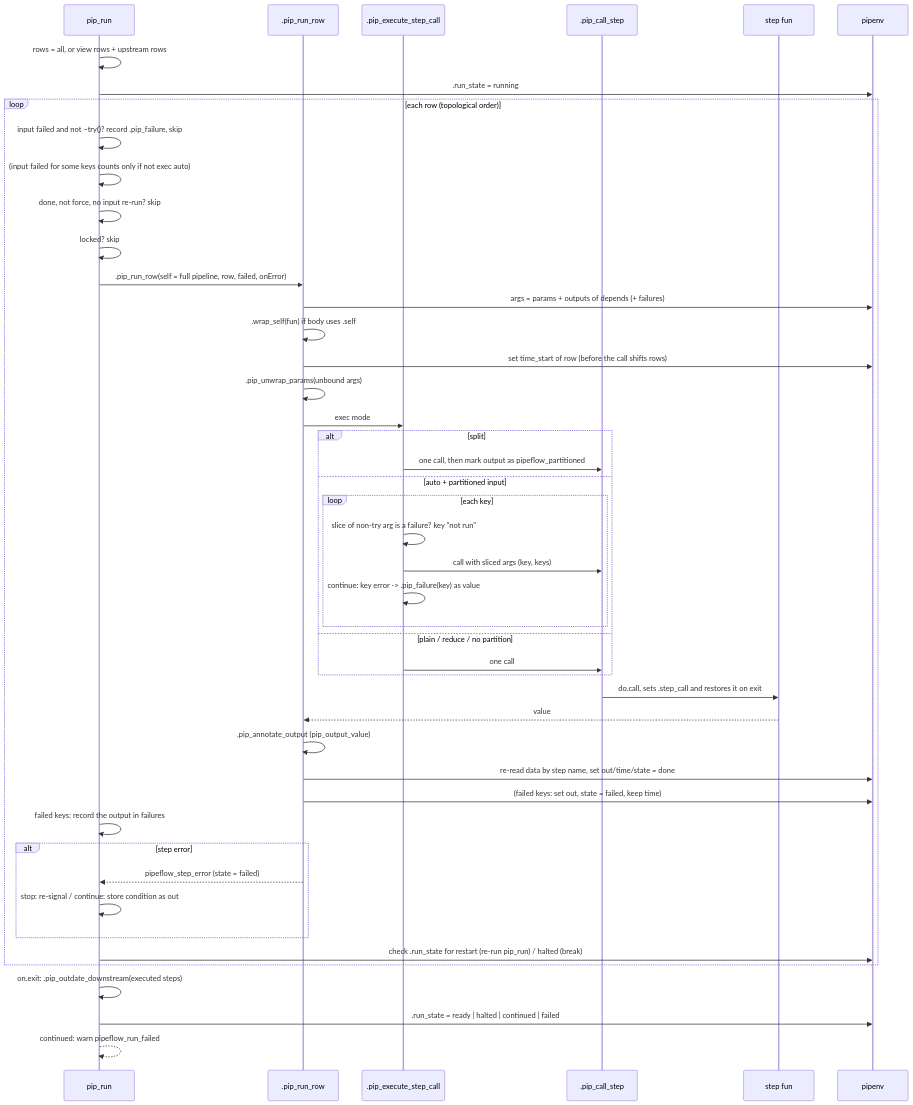
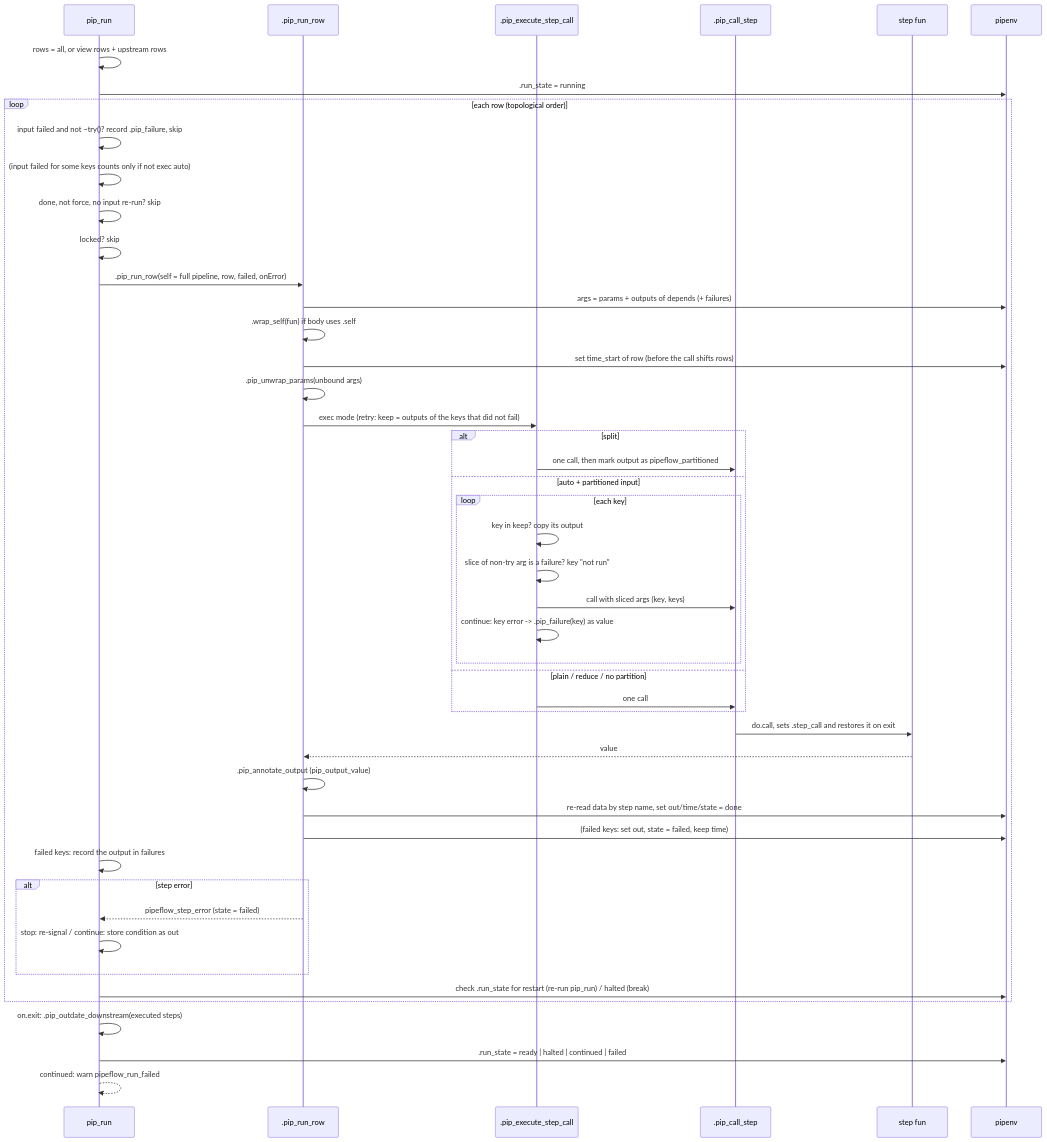
Before and after one commit to rpahl/pipeflow: the sixth of 8 diagrams in dev/pipeflow.md, drawn with Mermaid. The commit also changed other lines of this file and 6 other files, not shown here.

````diff
--- a/dev/pipeflow.md
+++ b/dev/pipeflow.md
@@ -328,49 +328,50 @@
 ```mermaid
 sequenceDiagram
     participant R as pip_run
     participant RR as .pip_run_row
     participant X as .pip_execute_step_call
     participant C as .pip_call_step
     participant F as step fun
     participant E as pipenv
 
     R->>R: rows = all, or view rows + upstream rows
     R->>E: .run_state = running
     loop each row (topological order)
         R->>R: input failed and not ~try()? record .pip_failure, skip
         R->>R: (input failed for some keys counts only if not exec auto)
         R->>R: done, not force, no input re-run? skip
         R->>R: locked? skip
         R->>RR: .pip_run_row(self = full pipeline, row, failed, onError)
         RR->>E: args = params + outputs of depends (+ failures)
         RR->>RR: .wrap_self(fun) if body uses .self
         RR->>E: set time_start of row (before the call shifts rows)
         RR->>RR: .pip_unwrap_params(unbound args)
-        RR->>X: exec mode
+        RR->>X: exec mode (retry: keep = outputs of the keys that did not fail)
         alt split
             X->>C: one call, then mark output as pipeflow_partitioned
         else auto + partitioned input
             loop each key
+                X->>X: key in keep? copy its output
                 X->>X: slice of non-try arg is a failure? key "not run"
                 X->>C: call with sliced args (key, keys)
                 X->>X: continue: key error -> .pip_failure(key) as value
             end
         else plain / reduce / no partition
             X->>C: one call
         end
         C->>F: do.call, sets .step_call and restores it on exit
         F-->>RR: value
         RR->>RR: .pip_annotate_output (pip_output_value)
         RR->>E: re-read data by step name, set out/time/state = done
         RR->>E: (failed keys: set out, state = failed, keep time)
         R->>R: failed keys: record the output in failures
         alt step error
             RR-->>R: pipeflow_step_error (state = failed)
             R->>R: stop: re-signal / continue: store condition as out
         end
         R->>E: check .run_state for restart (re-run pip_run) / halted (break)
     end
     R->>R: on.exit: .pip_outdate_downstream(executed steps)
     R->>E: .run_state = ready | halted | continued | failed
     R-->>R: continued: warn pipeflow_run_failed
 ```
````
